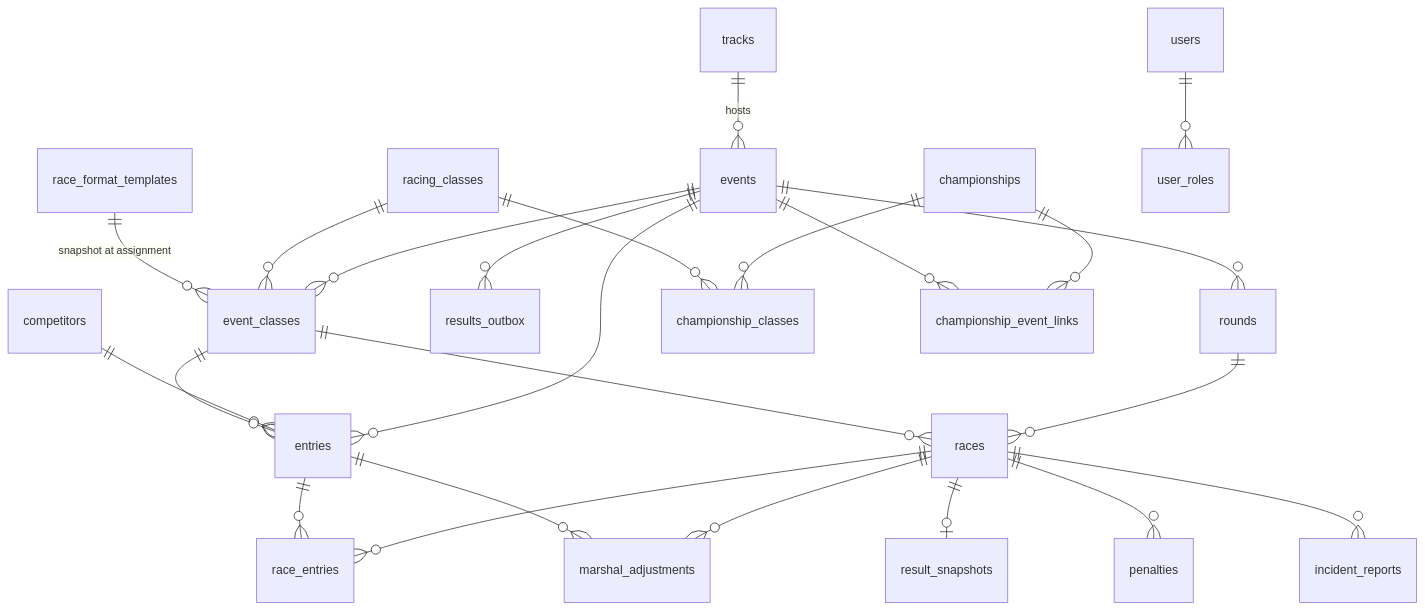
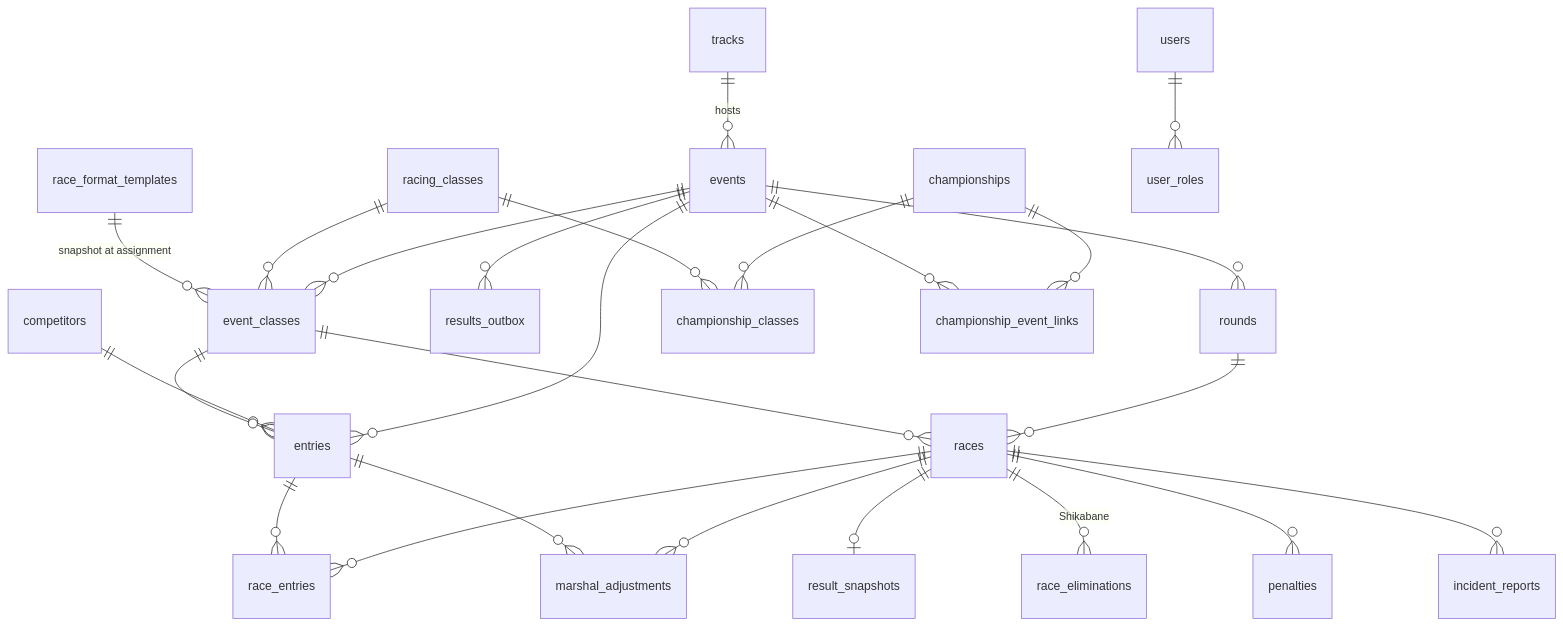
Before and after one commit to RCRaceHub/RCTimingControl: the third of 3 diagrams in docs/developer/domain-model.md, drawn with Mermaid. The commit also changed other lines of this file and 16 other files, not shown here.

First line of the commit message:
Shikabane: race control buttons, format editor, tests and docs

````diff
--- a/docs/developer/domain-model.md
+++ b/docs/developer/domain-model.md
@@ -142,26 +149,27 @@
 ```mermaid
 erDiagram
     tracks ||--o{ events : "hosts"
     events ||--o{ event_classes : ""
     events ||--o{ rounds : ""
     events ||--o{ entries : ""
     events ||--o{ results_outbox : ""
     racing_classes ||--o{ event_classes : ""
     race_format_templates ||--o{ event_classes : "snapshot at assignment"
     competitors ||--o{ entries : ""
     event_classes ||--o{ entries : ""
     rounds ||--o{ races : ""
     event_classes ||--o{ races : ""
     races ||--o{ race_entries : ""
     entries ||--o{ race_entries : ""
     races ||--o| result_snapshots : ""
     races ||--o{ marshal_adjustments : ""
+    races ||--o{ race_eliminations : "Shikabane"
     races ||--o{ penalties : ""
     races ||--o{ incident_reports : ""
     entries ||--o{ marshal_adjustments : ""
     championships ||--o{ championship_classes : ""
     championships ||--o{ championship_event_links : ""
     events ||--o{ championship_event_links : ""
     racing_classes ||--o{ championship_classes : ""
     users ||--o{ user_roles : ""
 ```
````
